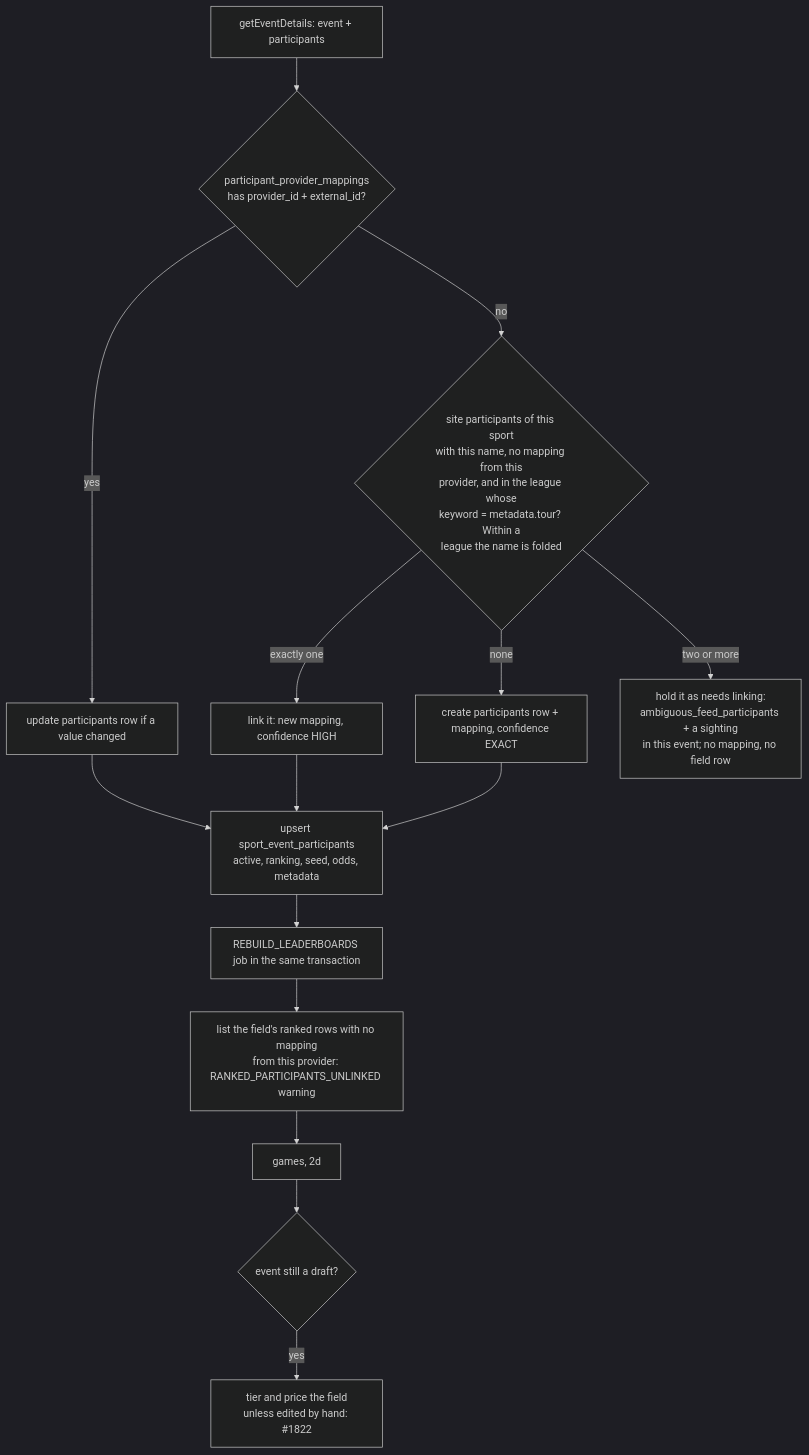
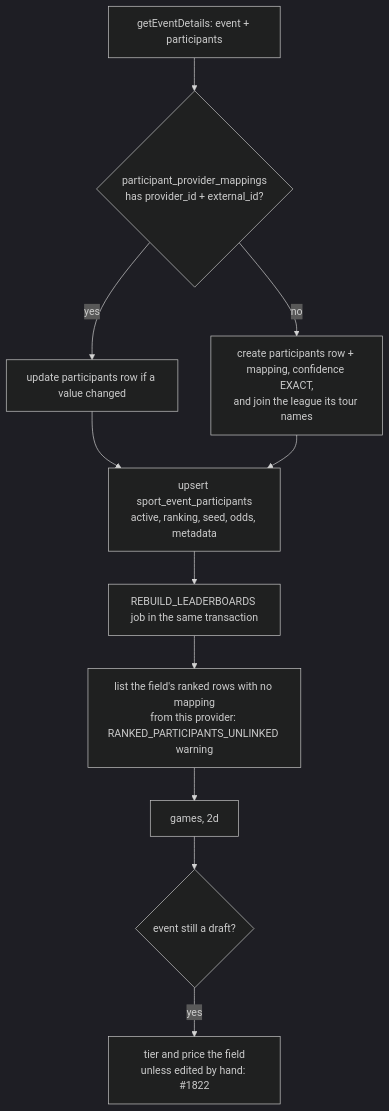
The second of 4 diagrams in docs/LIVE-SPORTS-DATA-SYNC.md (derek-dorazio/pool-master), drawn with Mermaid (dark theme) before and after one commit. The commit also changed other lines of this file and 107 other files, not shown here.

First line of the commit message:
Load test data only; the sync matches participants by feed id only (#1850) (#1862)

````diff
--- a/docs/LIVE-SPORTS-DATA-SYNC.md
+++ b/docs/LIVE-SPORTS-DATA-SYNC.md
@@ -193,15 +196,12 @@
 ```mermaid
 flowchart TD
   D[getEventDetails: event + participants] --> M{participant_provider_mappings<br/>has provider_id + external_id?}
   M -- yes --> U[update participants row if a value changed]
-  M -- no --> N{site participants of this sport<br/>with this name, no mapping from this<br/>provider, and in the league whose<br/>keyword = metadata.tour? Within a<br/>league the name is folded}
-  N -- exactly one --> LK[link it: new mapping, confidence HIGH]
-  N -- none --> CR[create participants row + mapping, confidence EXACT]
-  N -- two or more --> H[hold it as needs linking:<br/>ambiguous_feed_participants + a sighting<br/>in this event; no mapping, no field row]
-  U & LK & CR --> F[upsert sport_event_participants<br/>active, ranking, seed, odds, metadata]
+  M -- no --> CR[create participants row + mapping, confidence EXACT,<br/>and join the league its tour names]
+  U & CR --> F[upsert sport_event_participants<br/>active, ranking, seed, odds, metadata]
   F --> J[REBUILD_LEADERBOARDS job in the same transaction]
   J --> W[list the field's ranked rows with no mapping<br/>from this provider: RANKED_PARTICIPANTS_UNLINKED warning]
   W --> G[games, 2d]
   G --> T{event still a draft?}
   T -- yes --> TP[tier and price the field<br/>unless edited by hand: #1822]
 ```
````
